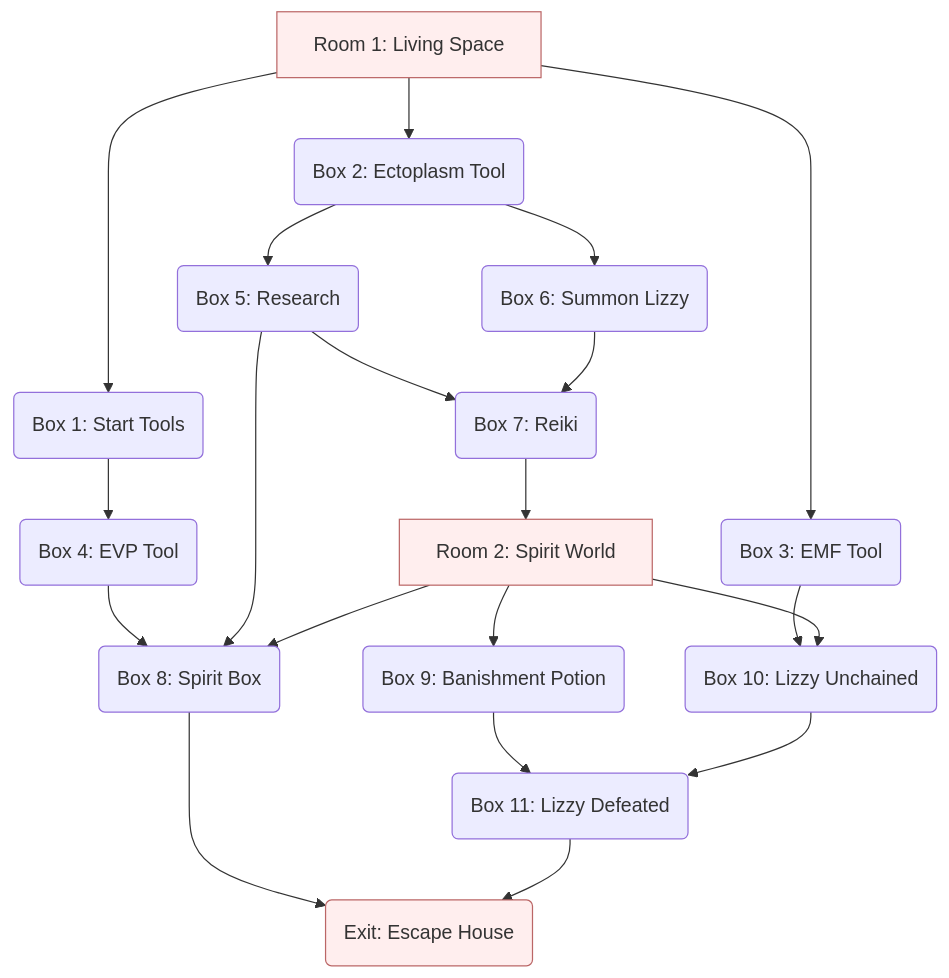
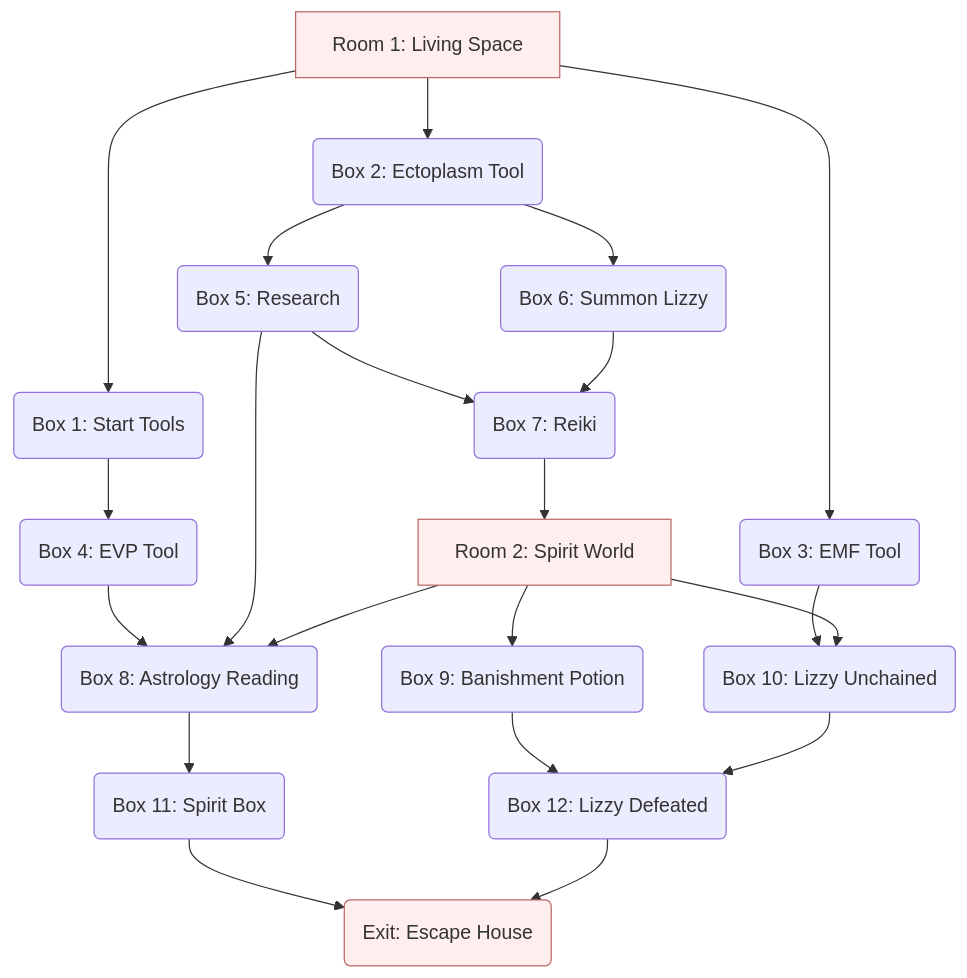
The diagram in content/rooms/ghost-chasers/index.md (open-sesame-escape/open-sesame-escape.github.io), drawn with Mermaid before and after one commit. The commit also changed other lines of this file and 3 other files, not shown here.

Commit message:
Add spirit box redux and exit to ghost chasers escape room

```diff
--- a/content/rooms/ghost-chasers/index.md
+++ b/content/rooms/ghost-chasers/index.md
@@ -481,20 +522,21 @@
 {{< mermaid align="center" >}}
 graph TB;
   R1[Room 1: Living Space] --> B1 & B2 & B3
   style R1 fill:#fee,stroke:#b66
   B1(Box 1: Start Tools) --> B4
   B2(Box 2: Ectoplasm Tool) --> B5 & B6
   B3(Box 3: EMF Tool) --> B10
   B4(Box 4: EVP Tool) --> B8
   B5(Box 5: Research) --> B7 & B8
   B6(Box 6: Summon Lizzy) --> B7
   B7(Box 7: Reiki) --> R2
   R2[Room 2: Spirit World] --> B8 & B9 & B10
   style R2 fill:#fee,stroke:#b66
-  B8(Box 8: Spirit Box) --> E
-  B9(Box 9: Banishment Potion) --> B11
-  B10(Box 10: Lizzy Unchained) --> B11
-  B11(Box 11: Lizzy Defeated) --> E
+  B8(Box 8: Astrology Reading) --> B11
+  B9(Box 9: Banishment Potion) --> B12
+  B10(Box 10: Lizzy Unchained) --> B12
+  B11(Box 11: Spirit Box) --> E
+  B12(Box 12: Lizzy Defeated) --> E
   E(Exit: Escape House)
   style E fill:#fee,stroke:#b66
 {{< /mermaid >}}
```
